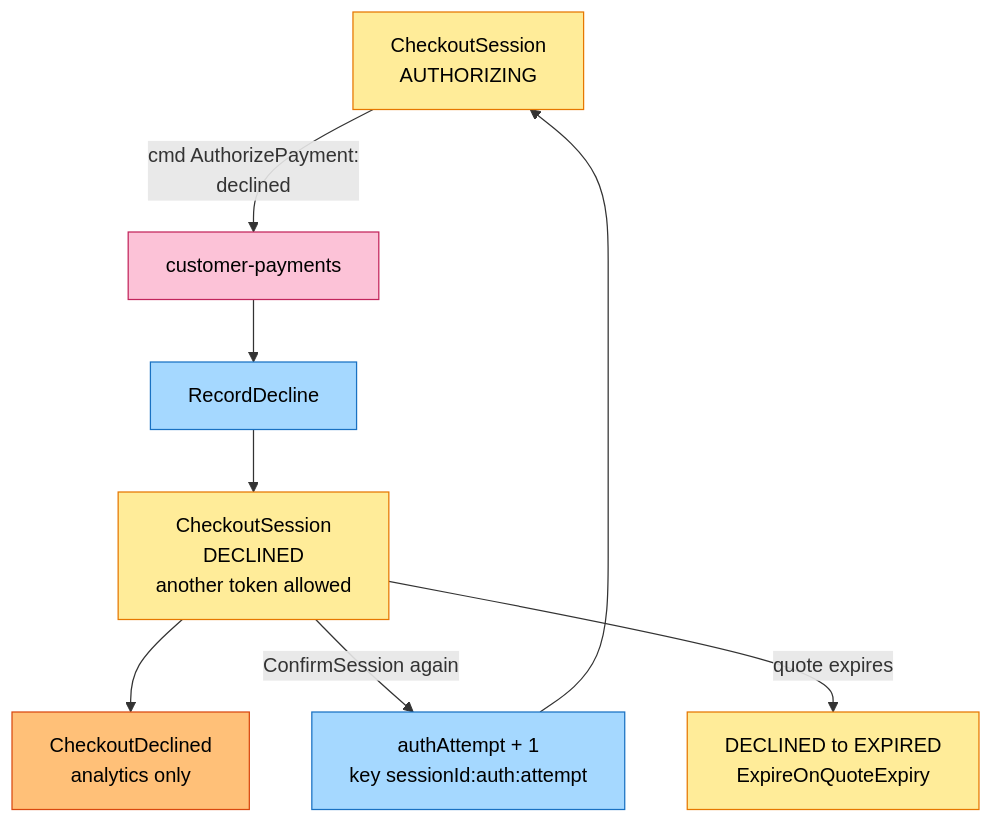
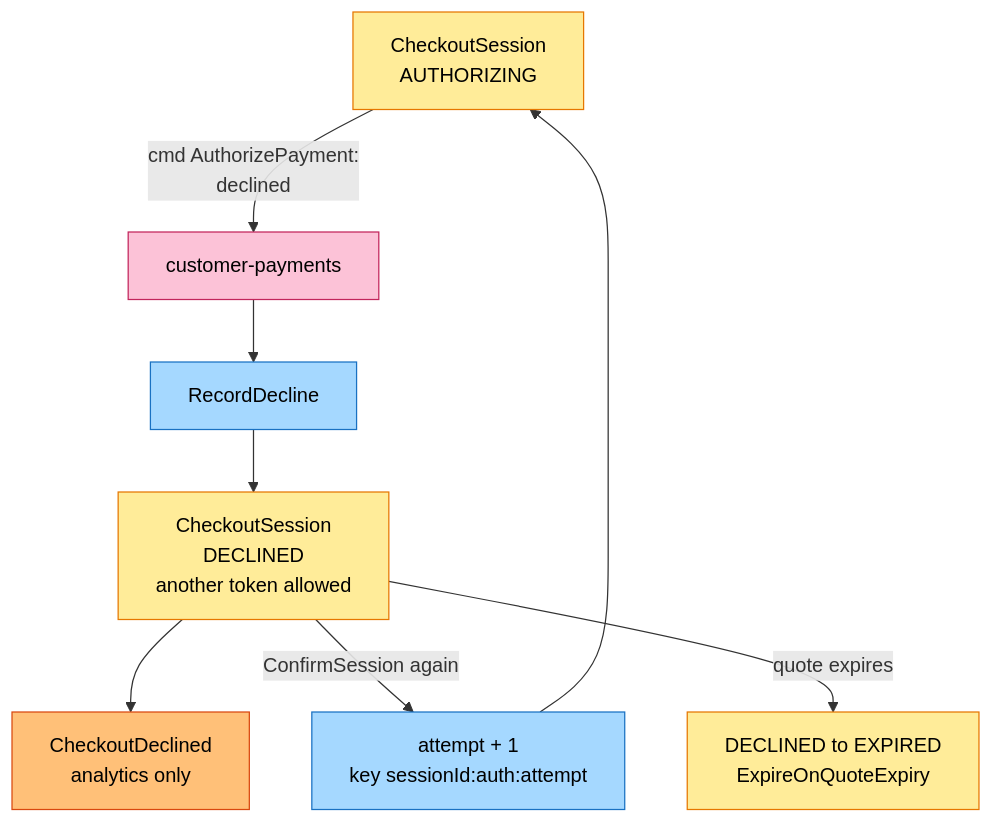
Before and after one commit to IQVO/checkout: the third of 6 diagrams in docs/docs/ddd/eventstorming.md, drawn with Mermaid. The commit also changed other lines of this file and 8 other files, not shown here.

````diff
--- a/docs/docs/ddd/eventstorming.md
+++ b/docs/docs/ddd/eventstorming.md
@@ -135,25 +138,25 @@
 ```mermaid
 flowchart TB
     A1["CheckoutSession<br/>AUTHORIZING"]:::aggregate
     CP["customer-payments"]:::external
     C4["RecordDecline"]:::command
     D1["CheckoutSession<br/>DECLINED<br/>another token allowed"]:::aggregate
     E2["CheckoutDeclined<br/>analytics only"]:::event
     X1["DECLINED to EXPIRED<br/>ExpireOnQuoteExpiry"]:::aggregate
-    K1["authAttempt + 1<br/>key sessionId:auth:attempt"]:::command
+    K1["attempt + 1<br/>key sessionId:auth:attempt"]:::command
 
     A1 -->|"cmd AuthorizePayment:<br/>declined"| CP
     CP --> C4
     C4 --> D1
     D1 --> E2
     D1 -->|"ConfirmSession again"| K1
     K1 --> A1
     D1 -->|"quote expires"| X1
 
     classDef actor fill:#fff59d,stroke:#b59f00,color:#000
     classDef command fill:#a5d8ff,stroke:#1971c2,color:#000
     classDef aggregate fill:#ffec99,stroke:#e67700,color:#000
     classDef event fill:#ffc078,stroke:#d9480f,color:#000
     classDef policy fill:#d0bfff,stroke:#6741d9,color:#000
     classDef external fill:#fcc2d7,stroke:#c2255c,color:#000
 ```
````
